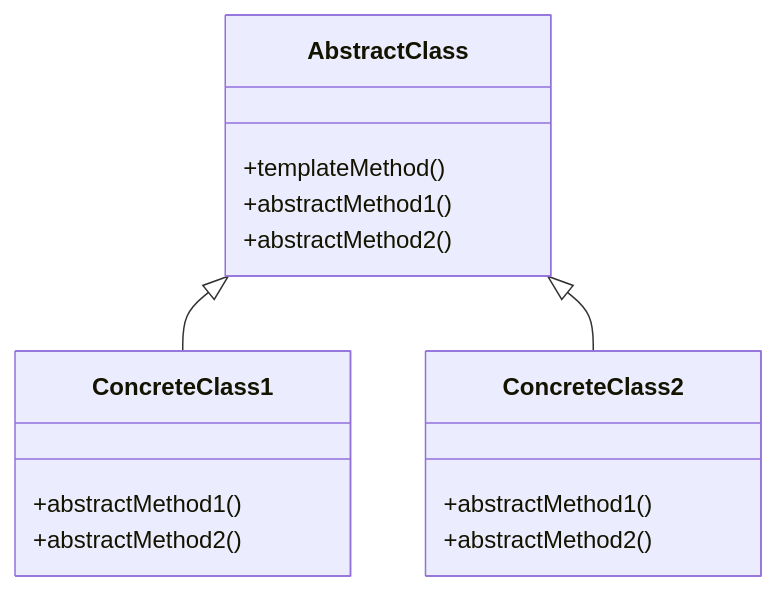
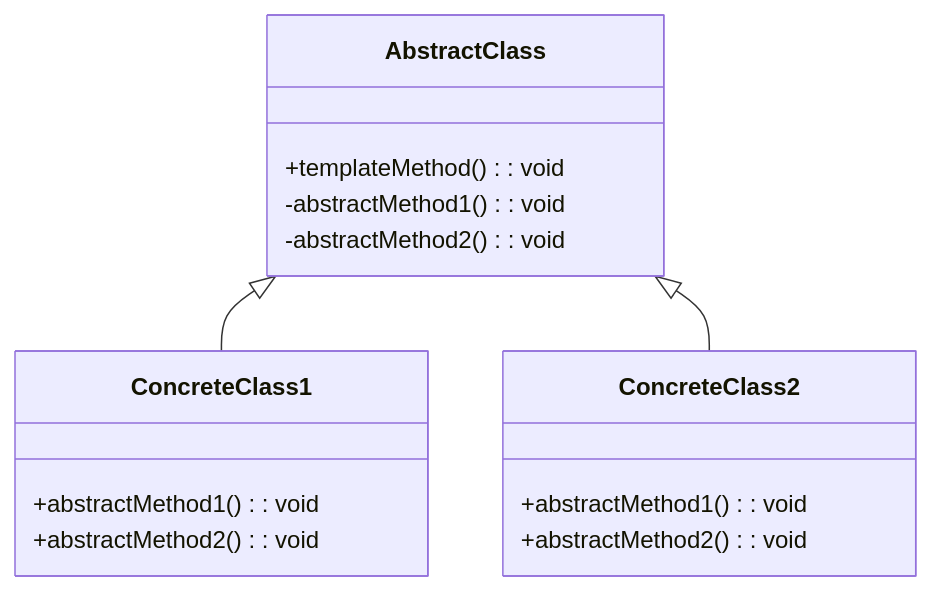
Before and after one commit to skynoid2612/design-patterns-for-clean-architecture: the diagram in md/design_pattern_Template-Method.md, drawn with Mermaid. The commit also changed other lines of this file and 23 other files, not shown here.

````diff
--- a/md/design_pattern_Template-Method.md
+++ b/md/design_pattern_Template-Method.md
@@ -35,18 +35,18 @@
 ```mermaid
 classDiagram
   class AbstractClass {
-    +templateMethod()
-    +abstractMethod1()
-    +abstractMethod2()
+    +templateMethod(): void
+    -abstractMethod1(): void
+    -abstractMethod2(): void
   }
   class ConcreteClass1 {
-    +abstractMethod1()
-    +abstractMethod2()
+    +abstractMethod1(): void
+    +abstractMethod2(): void
   }
   class ConcreteClass2 {
-    +abstractMethod1()
-    +abstractMethod2()
+    +abstractMethod1(): void
+    +abstractMethod2(): void
   }
   AbstractClass <|-- ConcreteClass1
   AbstractClass <|-- ConcreteClass2
 ```
````
